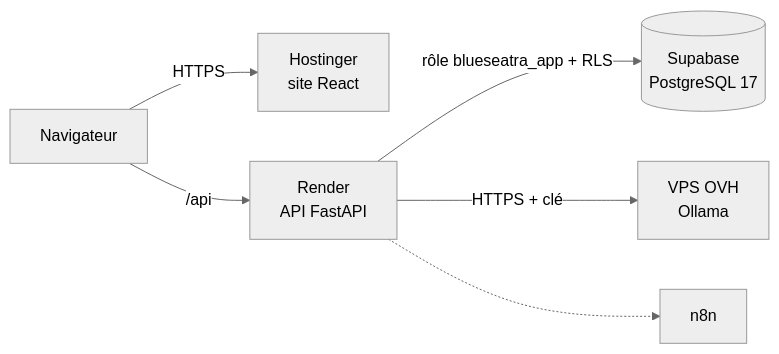
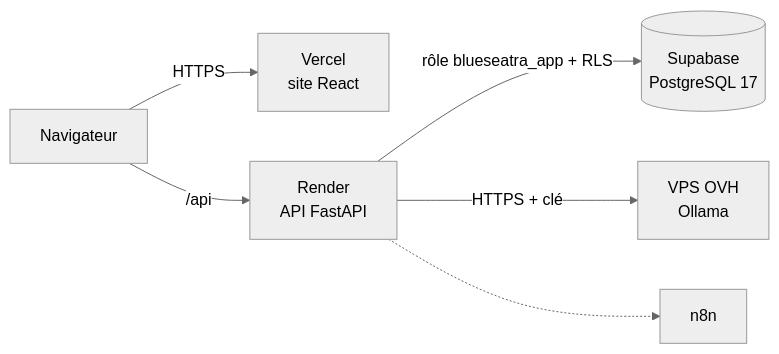
One commit to zehair-louzza/Blueseatra changed the diagram in README.md. Above: the diagram before and after it, drawn with Mermaid (neutral theme). The commit also changed other lines of this file and 12 other files, not shown here.

````diff
--- a/README.md
+++ b/README.md
@@ -127,8 +129,8 @@
 ```mermaid
 flowchart LR
-    U[Navigateur] -->|HTTPS| H[Hostinger<br>site React]
+    U[Navigateur] -->|HTTPS| V[Vercel<br>site React]
     U -->|/api| R[Render<br>API FastAPI]
     R -->|rôle blueseatra_app + RLS| S[(Supabase<br>PostgreSQL 17)]
     R -->|HTTPS + clé| O[VPS OVH<br>Ollama]
     R -.-> N[n8n]
 ```
````
